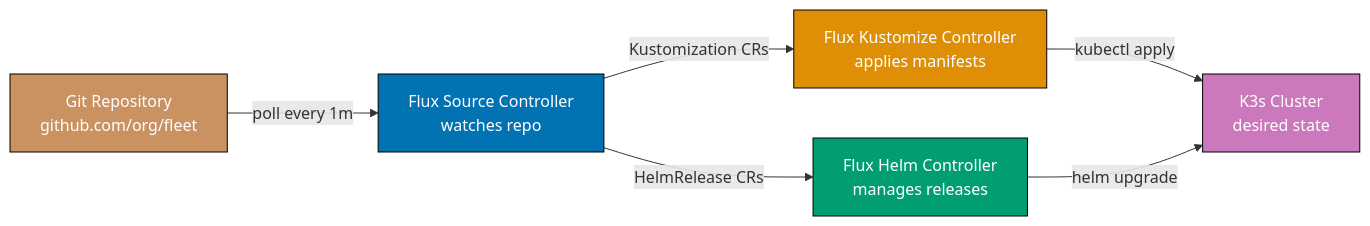
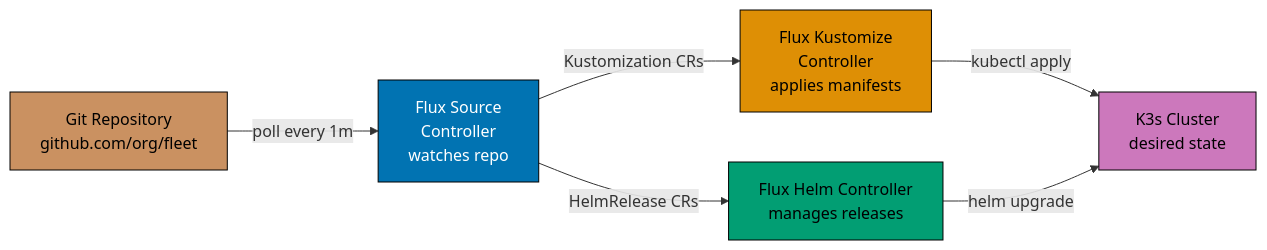
Before and after one commit to wahidyankf/ose-public: the first of 12 diagrams in apps/ayokoding-www/content/en/learn/legacy/software-engineering/infrastructure/tools/k3s/by-example/advanced.md, drawn with Mermaid. The commit also changed other lines of this file and 131 other files, not shown here.

First line of the commit message:
fix(mermaid): bring the legacy data, infrastructure, and testing diagrams onto the accessible palette

````diff
--- a/apps/ayokoding-www/content/en/learn/legacy/software-engineering/infrastructure/tools/k3s/by-example/advanced.md
+++ b/apps/ayokoding-www/content/en/learn/legacy/software-engineering/infrastructure/tools/k3s/by-example/advanced.md
@@ -18,21 +18,29 @@
 ```mermaid
 %% Color Palette: Blue #0173B2, Orange #DE8F05, Teal #029E73, Purple #CC78BC, Brown #CA9161
 graph LR
+    accTitle: Example 58: GitOps with Flux CD v2 — Bootstrap on K3s
+    accDescr: Graph with 5 nodes and 5 connections. Nodes: Git Repository github.com/org/fleet, Flux Source Controller watches repo, Flux Kustomize Controller applies manifests, Flux Helm Controller manages releases, K3s Cluster desired state. Connections: Git Repository github.com/org/fleet to Flux Source Controller watches repo (poll every 1m), Flux Source Controller watches repo to Flux Kustomize Controller applies manifests (Kustomization CRs), Flux Source Controller watches repo to Flux Helm Controller manages releases (HelmRelease CRs), Flux Kustomize Controller applies manifests to K3s Cluster desired state (kubectl apply), Flux Helm Controller manages releases to K3s Cluster desired state (helm upgrade).
     GIT["Git Repository<br/>github.com/org/fleet"]
-    FC["Flux Source Controller<br/>watches repo"]
-    FK["Flux Kustomize Controller<br/>applies manifests"]
+    FC["Flux Source<br/>Controller<br/>watches repo"]
+    FK["Flux Kustomize<br/>Controller<br/>applies manifests"]
     FH["Flux Helm Controller<br/>manages releases"]
     K3S["K3s Cluster<br/>desired state"]
 
     GIT -->|poll every 1m| FC
     FC -->|Kustomization CRs| FK
     FC -->|HelmRelease CRs| FH
     FK -->|kubectl apply| K3S
     FH -->|helm upgrade| K3S
 
-    style GIT fill:#CA9161,stroke:#000,color:#fff
-    style FC fill:#0173B2,stroke:#000,color:#fff
-    style FK fill:#DE8F05,stroke:#000,color:#fff
-    style FH fill:#029E73,stroke:#000,color:#fff
-    style K3S fill:#CC78BC,stroke:#000,color:#fff
+    classDef pal-CA9161 fill:#CA9161,stroke:#000000,color:#000000
+    class GIT pal-CA9161
+    classDef pal-0173B2 fill:#0173B2,stroke:#000000,color:#FFFFFF
+    class FC pal-0173B2
+    classDef pal-DE8F05 fill:#DE8F05,stroke:#000000,color:#000000
+    class FK pal-DE8F05
+    classDef pal-029E73 fill:#029E73,stroke:#000000,color:#000000
+    class FH pal-029E73
+    classDef pal-CC78BC fill:#CC78BC,stroke:#000000,color:#000000
+    class K3S pal-CC78BC
+    classDef default fill:#FFFFFF,stroke:#000000,color:#000000
 ```
````
